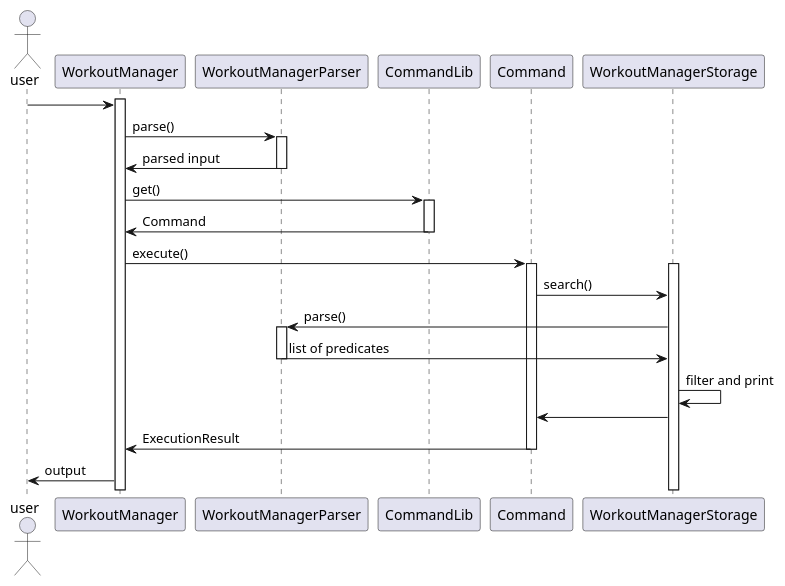
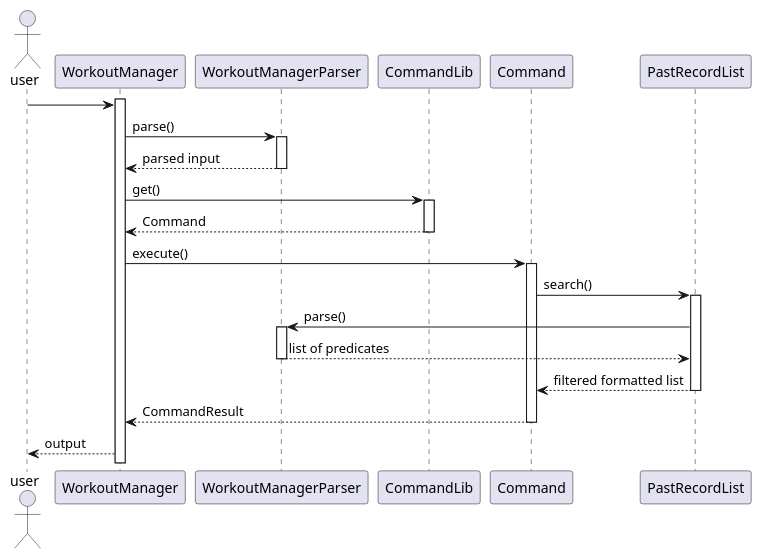
Before and after one commit to zsk612/tp: the diagram in docs/pictures/zesong/SearchWS.puml, drawn with PlantUML. The commit also changed 9 other files, not shown here.

```diff
--- a/docs/pictures/zesong/SearchWS.puml
+++ b/docs/pictures/zesong/SearchWS.puml
@@ -1,32 +1,32 @@
 @startuml
 actor user
 activate WorkoutManager
 user -> WorkoutManager
 WorkoutManager -> WorkoutManagerParser : parse()
 activate WorkoutManagerParser
-WorkoutManagerParser -> WorkoutManager : parsed input
+WorkoutManagerParser --> WorkoutManager : parsed input
 deactivate WorkoutManagerParser
 
 WorkoutManager -> CommandLib : get()
 activate CommandLib
-CommandLib -> WorkoutManager : Command
+CommandLib --> WorkoutManager : Command
 deactivate CommandLib
 
 WorkoutManager -> Command : execute()
 activate Command
 
-activate WorkoutManagerStorage
-Command -> WorkoutManagerStorage : search()
-WorkoutManagerStorage -> WorkoutManagerParser : parse()
+Command -> PastRecordList : search()
+activate PastRecordList
+PastRecordList -> WorkoutManagerParser : parse()
 activate WorkoutManagerParser
-WorkoutManagerParser -> WorkoutManagerStorage : list of predicates
+WorkoutManagerParser --> PastRecordList : list of predicates
 deactivate WorkoutManagerParser
-WorkoutManagerStorage -> WorkoutManagerStorage: filter and print
+PastRecordList --> Command: filtered formatted list
+deactivate PastRecordList
 
-WorkoutManagerStorage -> Command
-Command -> WorkoutManager : ExecutionResult
+Command --> WorkoutManager : CommandResult
 deactivate Command
 
-WorkoutManager ->  user : output
+WorkoutManager -->  user : output
 
 @enduml
```
